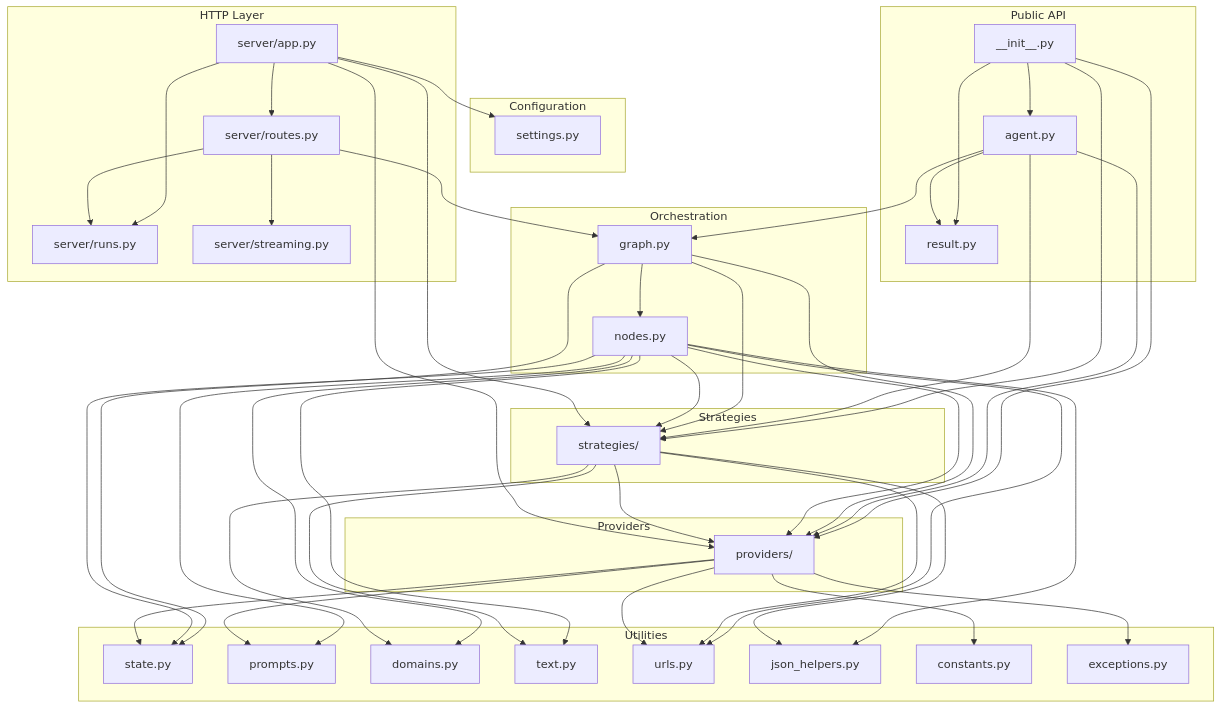
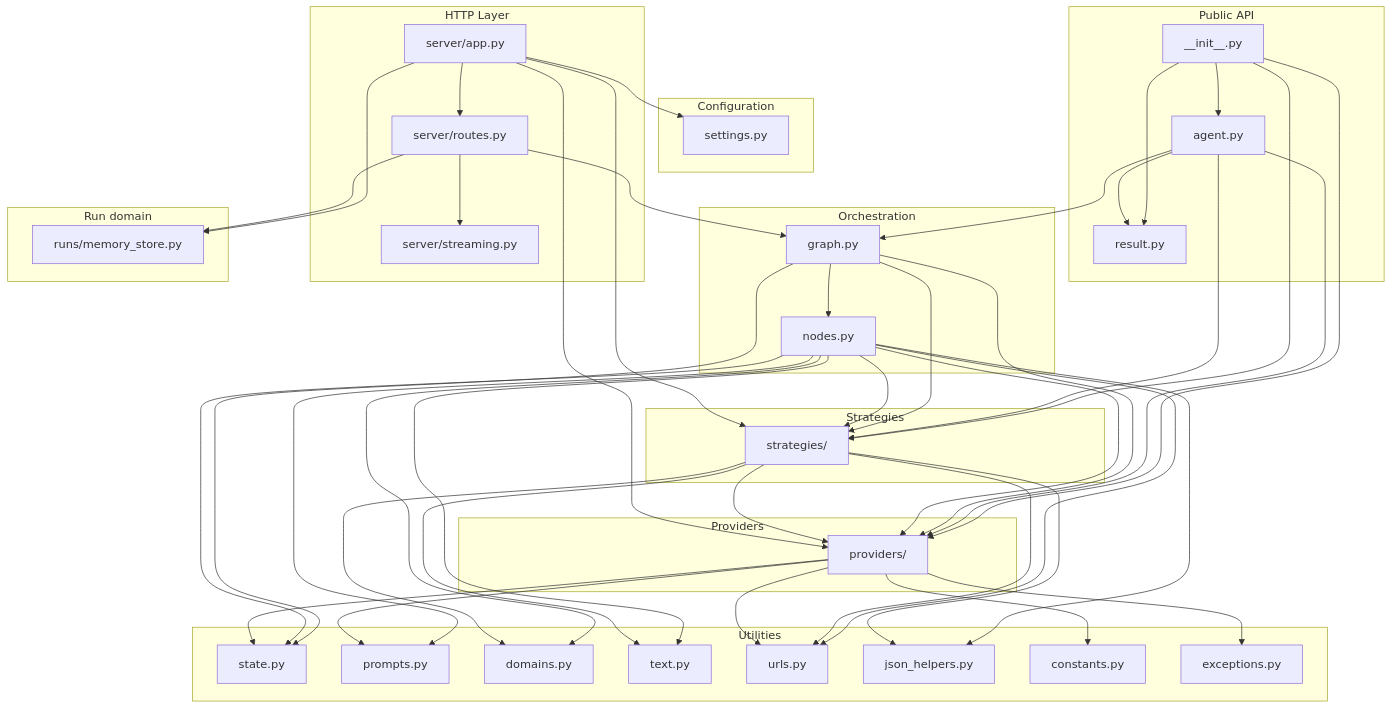
Before and after one commit to inqtrix/inqtrix: the second of 2 diagrams in docs/architecture/overview.md, drawn with Mermaid. The commit also changed other lines of this file and 806 other files, not shown here.

```diff
--- a/docs/architecture/overview.md
+++ b/docs/architecture/overview.md
@@ -162,8 +162,11 @@
     subgraph "HTTP Layer"
         app["server/app.py"]
         routes["server/routes.py"]
-        runs["server/runs.py"]
         streaming["server/streaming.py"]
+    end
+
+    subgraph "Run domain"
+        runs["runs/memory_store.py"]
     end
 
     subgraph "Utilities"
```
